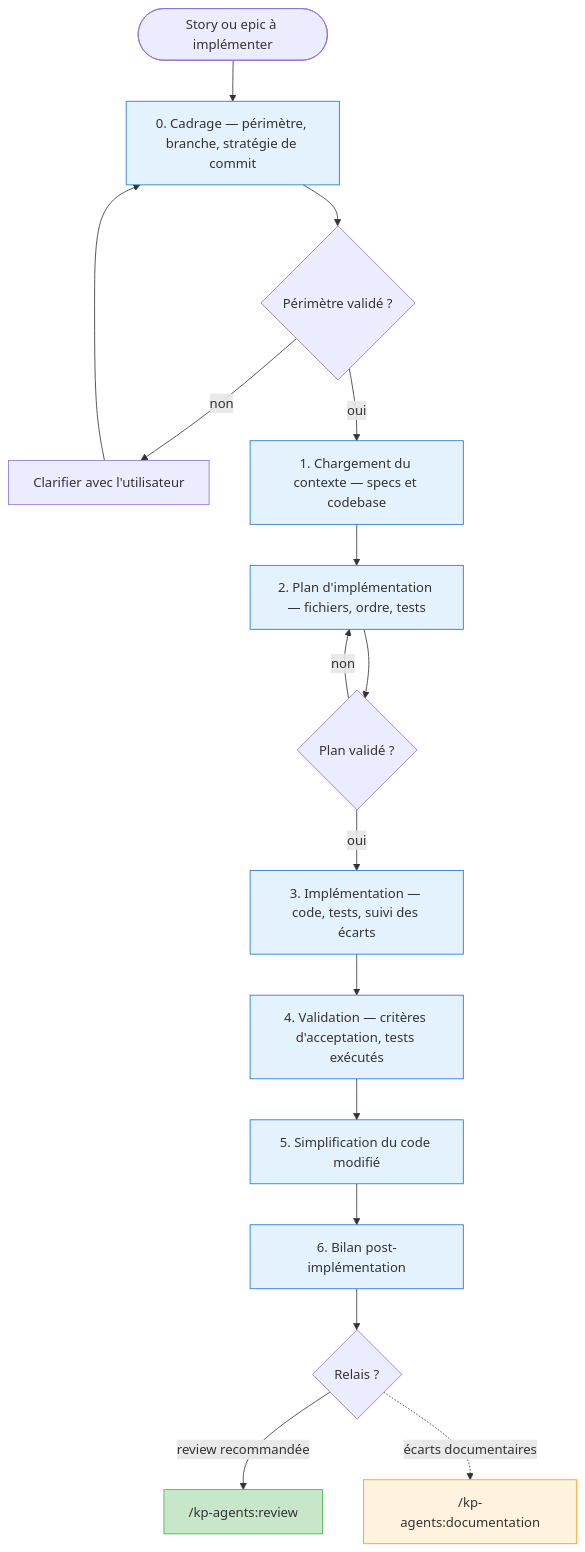
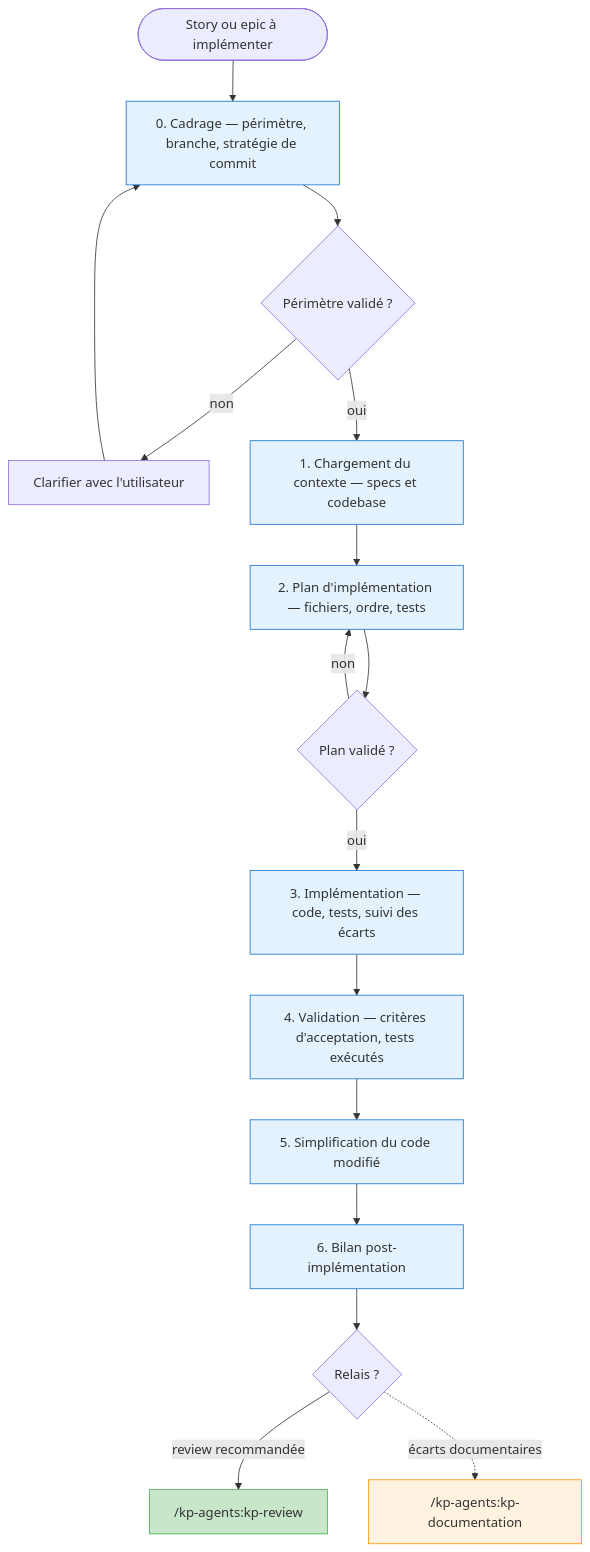
Before and after one commit to KeyProd/kp-agents: the fifth of 9 diagrams in docs/agents.md, drawn with Mermaid. The commit also changed other lines of this file and 129 other files, not shown here.

````diff
--- a/docs/agents.md
+++ b/docs/agents.md
@@ -238,44 +238,44 @@
 ```mermaid
 flowchart TD
     START([Story ou epic à implémenter]) --> CADRAGE
 
     CADRAGE[0. Cadrage — périmètre, branche, stratégie de commit]
     CADRAGE --> STOP_C{Périmètre validé ?}
     STOP_C -->|non| ASK[Clarifier avec l'utilisateur]
     ASK --> CADRAGE
     STOP_C -->|oui| CTX
 
     CTX[1. Chargement du contexte — specs et codebase]
     CTX --> PLAN
 
     PLAN[2. Plan d'implémentation — fichiers, ordre, tests]
     PLAN --> STOP_P{Plan validé ?}
     STOP_P -->|non| PLAN
     STOP_P -->|oui| IMPL
 
     IMPL[3. Implémentation — code, tests, suivi des écarts]
     IMPL --> VALID
 
     VALID[4. Validation — critères d'acceptation, tests exécutés]
     VALID --> SIMPLIFY
 
     SIMPLIFY[5. Simplification du code modifié]
     SIMPLIFY --> BILAN
 
     BILAN[6. Bilan post-implémentation]
     BILAN --> OUT
 
     OUT{Relais ?}
-    OUT -->|review recommandée| REVIEW["/kp-agents:review"]
-    OUT -.->|écarts documentaires| DOC["/kp-agents:documentation"]
+    OUT -->|review recommandée| REVIEW["/kp-agents:kp-review"]
+    OUT -.->|écarts documentaires| DOC["/kp-agents:kp-documentation"]
 
     style CADRAGE fill:#e3f2fd,stroke:#1976D2
     style CTX fill:#e3f2fd,stroke:#1976D2
     style PLAN fill:#e3f2fd,stroke:#1976D2
     style IMPL fill:#e3f2fd,stroke:#1976D2
     style VALID fill:#e3f2fd,stroke:#1976D2
     style SIMPLIFY fill:#e3f2fd,stroke:#1976D2
     style BILAN fill:#e3f2fd,stroke:#1976D2
     style REVIEW fill:#c8e6c9,stroke:#4CAF50
     style DOC fill:#fff3e0,stroke:#FF9800
 ```
````
